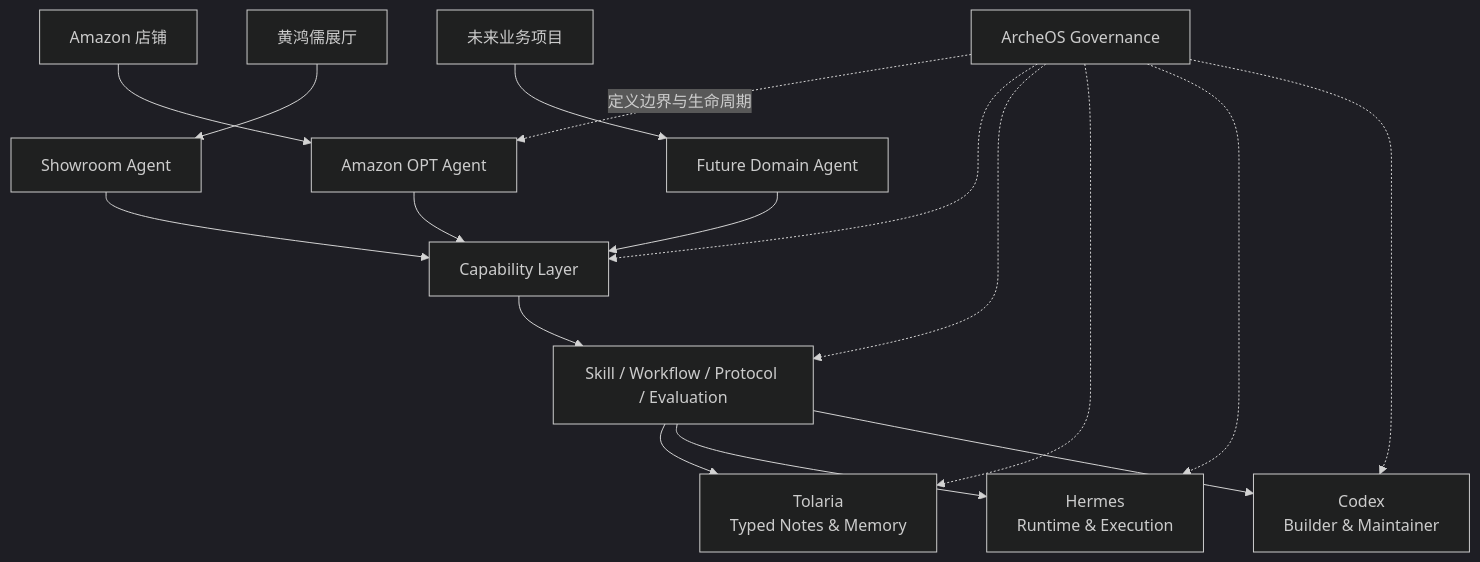
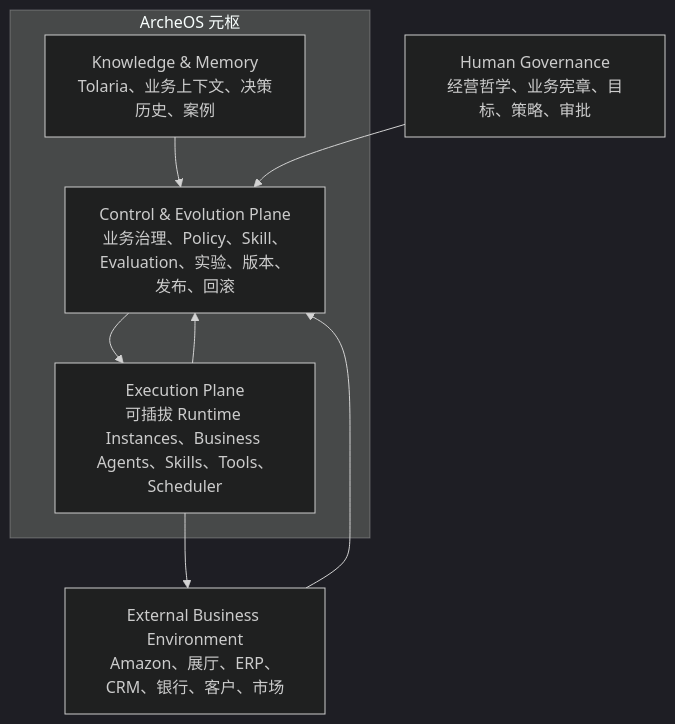
One commit to leevi2010-cursor/ArcheOS changed the first of 2 diagrams in docs/architecture/system-architecture.md. Above: the diagram before and after it, drawn with Mermaid (dark theme). The commit also changed other lines of this file, not shown here.

Commit message:
Remove Codex from ArcheOS system architecture

````diff
--- a/docs/architecture/system-architecture.md
+++ b/docs/architecture/system-architecture.md
@@ -5,23 +13,19 @@
 ```mermaid
 flowchart TB
-  B1[Amazon 店铺] --> A1[Amazon OPT Agent]
-  B2[黄鸿儒展厅] --> A2[Showroom Agent]
-  B3[未来业务项目] --> A3[Future Domain Agent]
+  H[Human Governance<br/>经营哲学、业务宪章、目标、策略、审批]
 
-  A1 --> C[Capability Layer]
-  A2 --> C
-  A3 --> C
+  subgraph A[ArcheOS 元枢]
+    C[Control & Evolution Plane<br/>业务治理、Policy、Skill、Evaluation、实验、版本、发布、回滚]
+    K[Knowledge & Memory<br/>Tolaria、业务上下文、决策历史、案例]
+    E[Execution Plane<br/>可插拔 Runtime Instances、Business Agents、Skills、Tools、Scheduler]
+    C --> E
+    K --> C
+    E --> C
+  end
 
-  C --> S[Skill / Workflow / Protocol / Evaluation]
+  B[External Business Environment<br/>Amazon、展厅、ERP、CRM、银行、客户、市场]
 
-  S --> T[Tolaria<br/>Typed Notes & Memory]
-  S --> H[Hermes<br/>Runtime & Execution]
-  S --> X[Codex<br/>Builder & Maintainer]
-
-  G[ArcheOS Governance] -.定义边界与生命周期.-> A1
-  G -.-> C
-  G -.-> S
-  G -.-> T
-  G -.-> H
-  G -.-> X
+  H --> C
+  E --> B
+  B --> C
 ```
````
